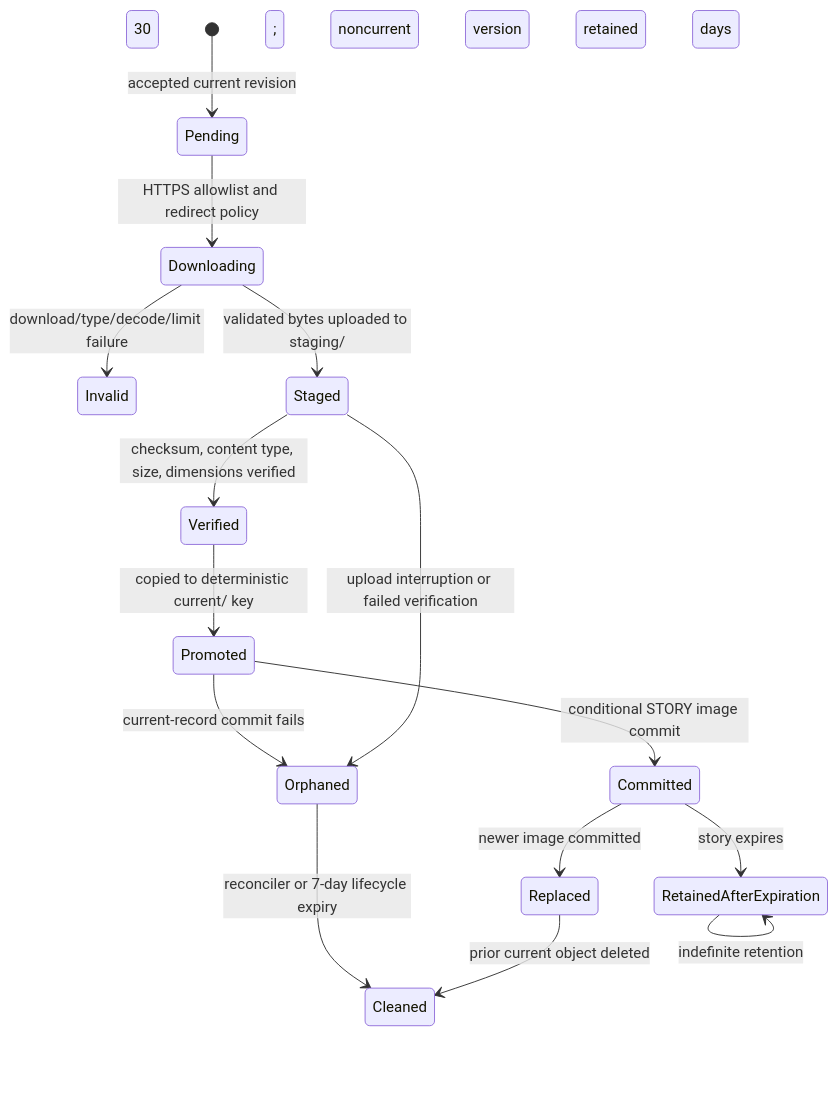
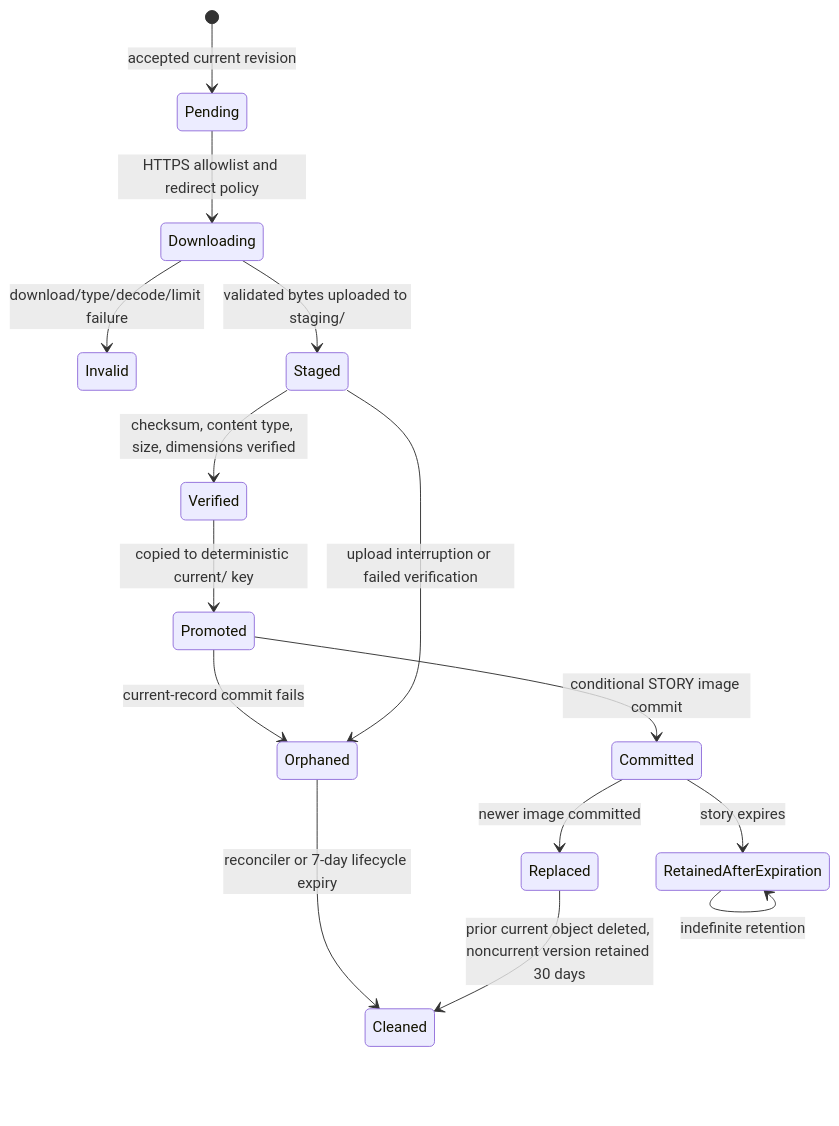
Before and after one commit to hamdrew/weather-story-bot: the second of 5 diagrams in docs/state-diagram.md, drawn with Mermaid. The commit also changed other lines of this file and 2 other files, not shown here.

````diff
--- a/docs/state-diagram.md
+++ b/docs/state-diagram.md
@@ -37,17 +37,17 @@
 ```mermaid
 stateDiagram-v2
   [*] --> Pending: accepted current revision
   Pending --> Downloading: HTTPS allowlist and redirect policy
   Downloading --> Invalid: download/type/decode/limit failure
   Downloading --> Staged: validated bytes uploaded to staging/
   Staged --> Verified: checksum, content type, size, dimensions verified
   Verified --> Promoted: copied to deterministic current/ key
   Promoted --> Committed: conditional STORY image commit
   Promoted --> Orphaned: current-record commit fails
   Staged --> Orphaned: upload interruption or failed verification
   Orphaned --> Cleaned: reconciler or 7-day lifecycle expiry
   Committed --> Replaced: newer image committed
-  Replaced --> Cleaned: prior current object deleted; noncurrent version retained 30 days
+  Replaced --> Cleaned: prior current object deleted, noncurrent version retained 30 days
   Committed --> RetainedAfterExpiration: story expires
   RetainedAfterExpiration --> RetainedAfterExpiration: indefinite retention
 ```
````
